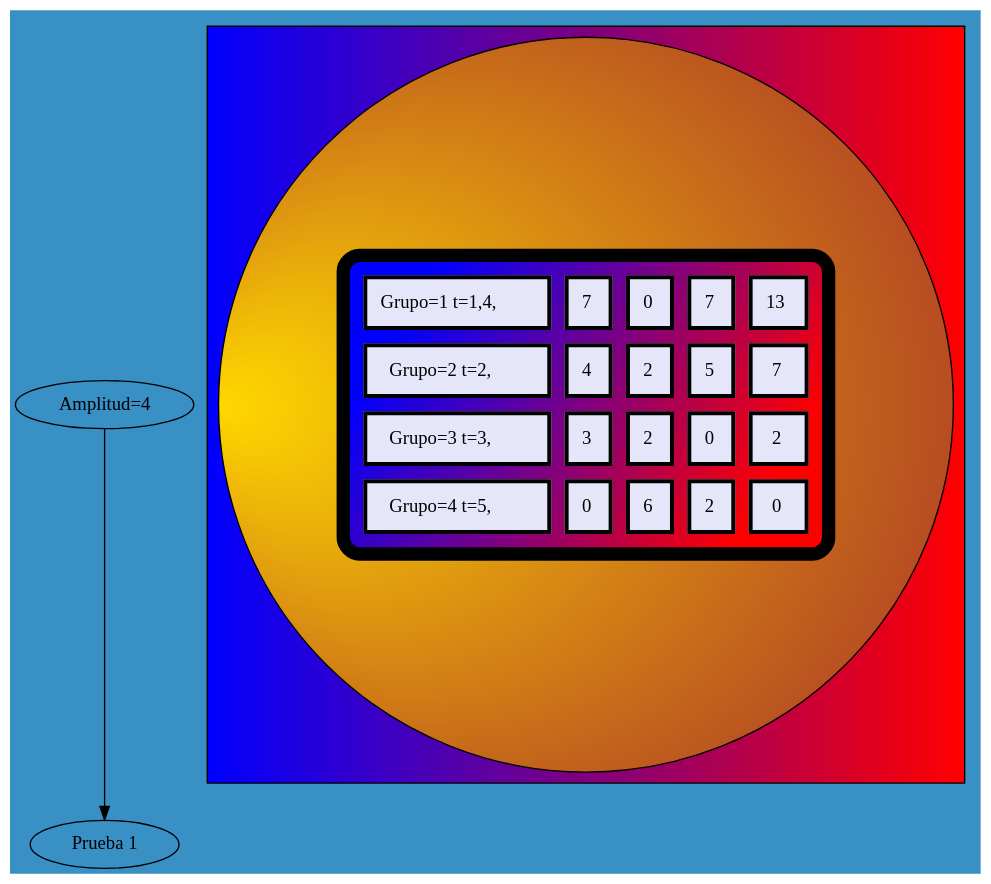
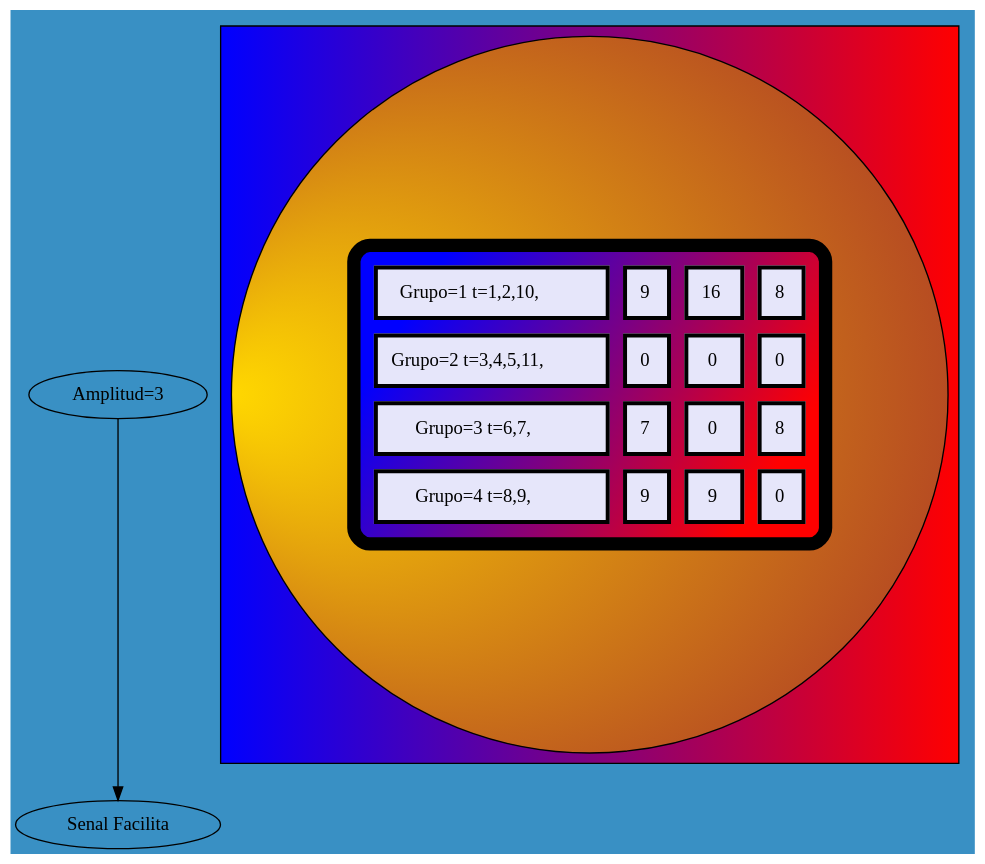
One commit to helenrodas/-IPC2_Proyecto1_202200066 changed the diagram in bb.dot. Above: the diagram before and after it, drawn with Graphviz. The commit also changed 4 other files, not shown here.

```diff
--- a/bb.dot
+++ b/bb.dot
@@ -1,32 +1,28 @@
 
-            digraph G {"Amplitud=4"->" Prueba 1" bgcolor="#3990C4" style="filled"
+            digraph G {"Amplitud=3"->" Senal Facilita" bgcolor="#3990C4" style="filled"
             subgraph cluster1 {fillcolor="blue:red" style="filled"
             node [shape=circle fillcolor="gold:brown" style="radial" gradientangle=180]
             a0 [ label=<
             <TABLE border="10" cellspacing="10" cellpadding="10" style="rounded" bgcolor="blue:red" gradientangle="315">
-<TR><TD border="3"  bgcolor="lavender" gradientangle="315">Grupo=1 t=1,4,</TD>
+<TR><TD border="3"  bgcolor="lavender" gradientangle="315">Grupo=1 t=1,2,10,</TD>
+<TD border="3"  bgcolor="lavender" gradientangle="315">9</TD>
+<TD border="3"  bgcolor="lavender" gradientangle="315">16</TD>
+<TD border="3"  bgcolor="lavender" gradientangle="315">8</TD>
+</TR>
+<TR><TD border="3"  bgcolor="lavender" gradientangle="315">Grupo=2 t=3,4,5,11,</TD>
+<TD border="3"  bgcolor="lavender" gradientangle="315">0</TD>
+<TD border="3"  bgcolor="lavender" gradientangle="315">0</TD>
+<TD border="3"  bgcolor="lavender" gradientangle="315">0</TD>
+</TR>
+<TR><TD border="3"  bgcolor="lavender" gradientangle="315">Grupo=3 t=6,7,</TD>
 <TD border="3"  bgcolor="lavender" gradientangle="315">7</TD>
 <TD border="3"  bgcolor="lavender" gradientangle="315">0</TD>
-<TD border="3"  bgcolor="lavender" gradientangle="315">7</TD>
-<TD border="3"  bgcolor="lavender" gradientangle="315">13</TD>
+<TD border="3"  bgcolor="lavender" gradientangle="315">8</TD>
 </TR>
-<TR><TD border="3"  bgcolor="lavender" gradientangle="315">Grupo=2 t=2,</TD>
-<TD border="3"  bgcolor="lavender" gradientangle="315">4</TD>
-<TD border="3"  bgcolor="lavender" gradientangle="315">2</TD>
-<TD border="3"  bgcolor="lavender" gradientangle="315">5</TD>
-<TD border="3"  bgcolor="lavender" gradientangle="315">7</TD>
-</TR>
-<TR><TD border="3"  bgcolor="lavender" gradientangle="315">Grupo=3 t=3,</TD>
-<TD border="3"  bgcolor="lavender" gradientangle="315">3</TD>
-<TD border="3"  bgcolor="lavender" gradientangle="315">2</TD>
-<TD border="3"  bgcolor="lavender" gradientangle="315">0</TD>
-<TD border="3"  bgcolor="lavender" gradientangle="315">2</TD>
-</TR>
-<TR><TD border="3"  bgcolor="lavender" gradientangle="315">Grupo=4 t=5,</TD>
-<TD border="3"  bgcolor="lavender" gradientangle="315">0</TD>
-<TD border="3"  bgcolor="lavender" gradientangle="315">6</TD>
-<TD border="3"  bgcolor="lavender" gradientangle="315">2</TD>
+<TR><TD border="3"  bgcolor="lavender" gradientangle="315">Grupo=4 t=8,9,</TD>
+<TD border="3"  bgcolor="lavender" gradientangle="315">9</TD>
+<TD border="3"  bgcolor="lavender" gradientangle="315">9</TD>
 <TD border="3"  bgcolor="lavender" gradientangle="315">0</TD>
  </TR></TABLE>>];
                 }
                 }
```
